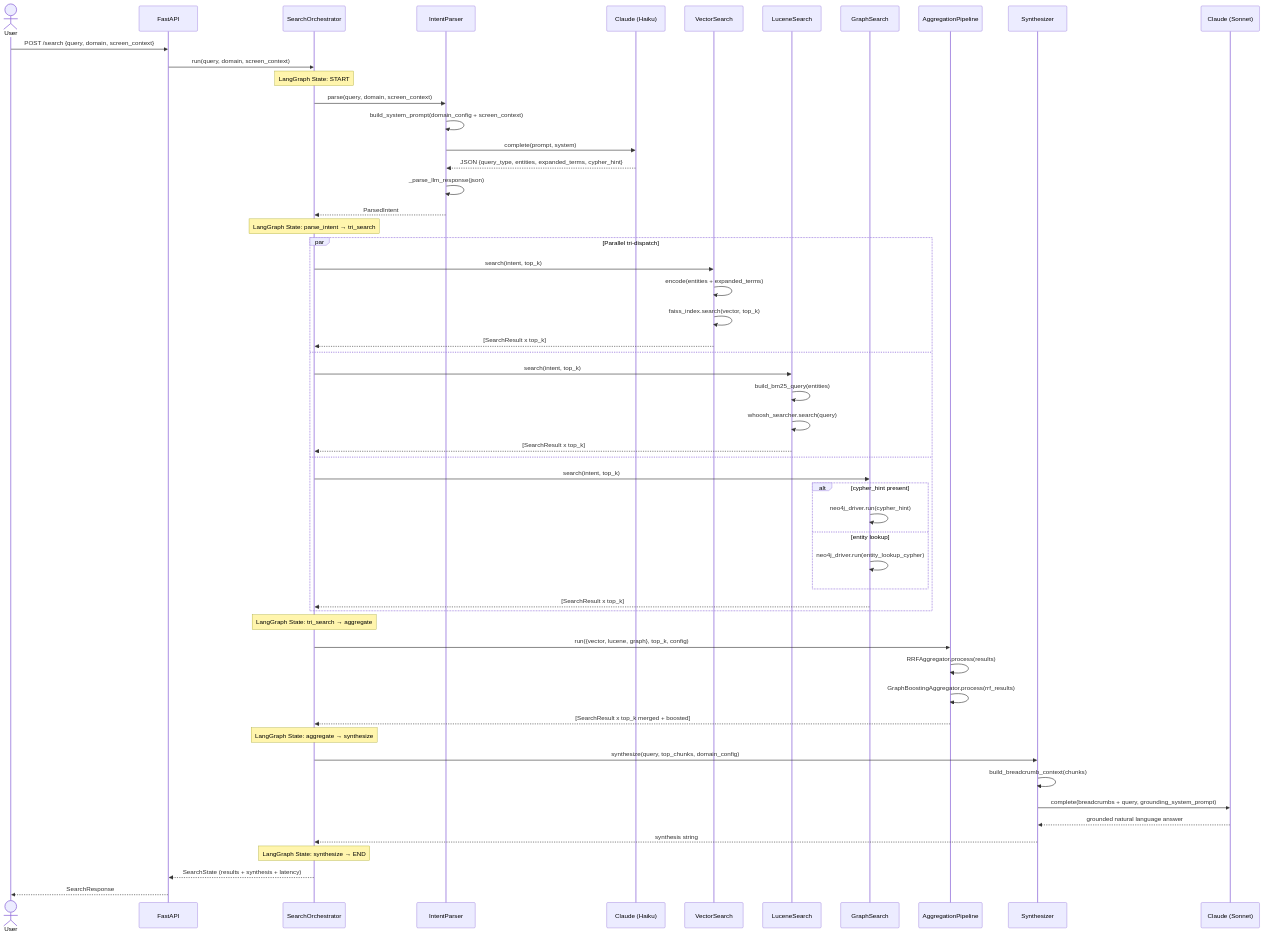
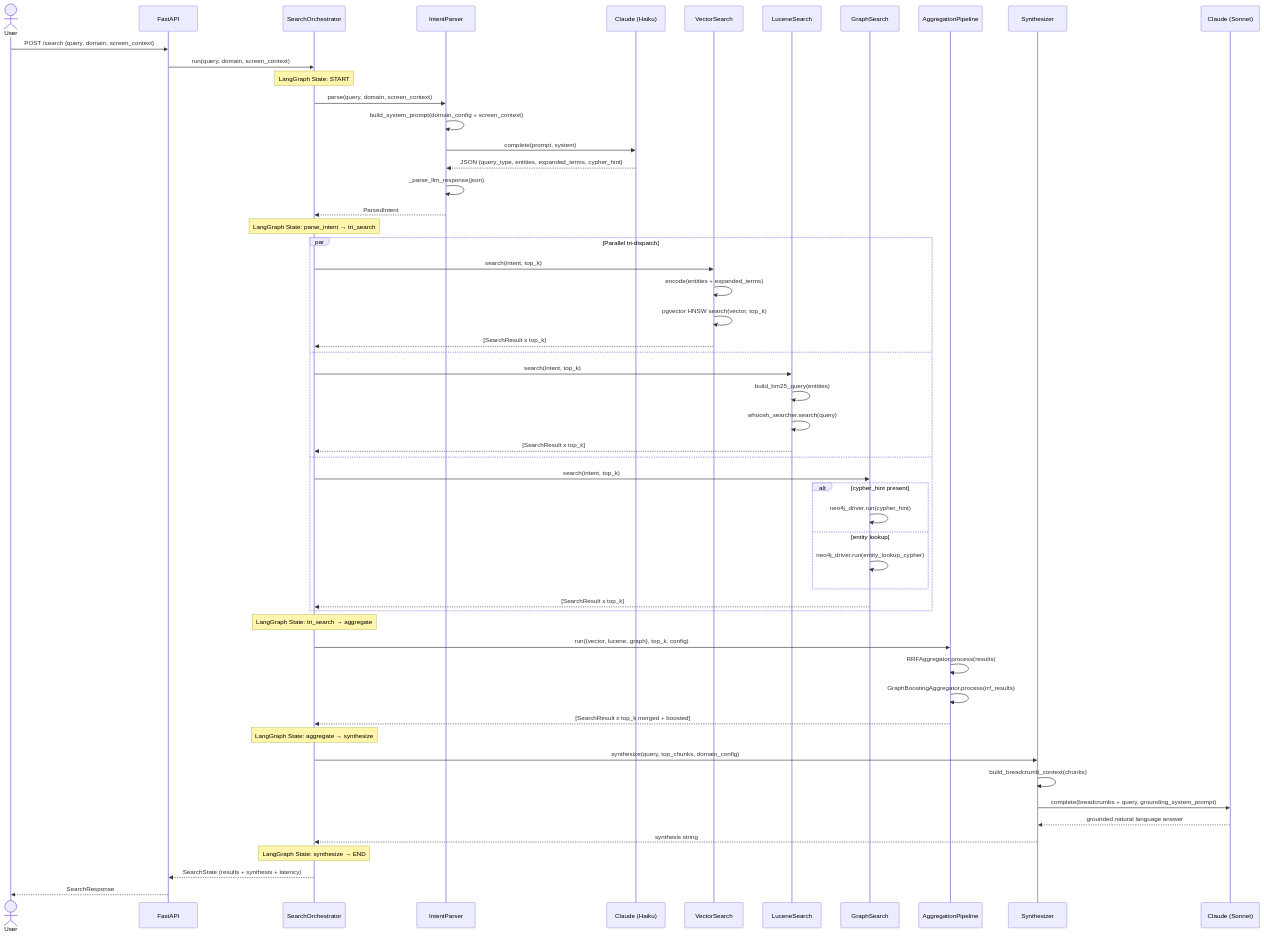
The fifth of 10 diagrams in docs/07-sequence-diagrams.md (maheshyaddanapudi/trilayer-generic-search), drawn with Mermaid before and after one commit. The commit also changed 8 other files, not shown here.

Commit message:
docs: describe vector index as PGVector (matches implementation); remove FAISS references

````diff
--- a/docs/07-sequence-diagrams.md
+++ b/docs/07-sequence-diagrams.md
@@ -199,68 +199,68 @@
 ```mermaid
 sequenceDiagram
     actor User
     participant API as FastAPI
     participant SO as SearchOrchestrator
     participant IP as IntentParser
     participant LLM1 as Claude (Haiku)
     participant VS as VectorSearch
     participant LS as LuceneSearch
     participant GS as GraphSearch
     participant AGG as AggregationPipeline
     participant SYN as Synthesizer
     participant LLM2 as Claude (Sonnet)
 
     User->>API: POST /search {query, domain, screen_context}
     API->>SO: run(query, domain, screen_context)
 
     Note over SO: LangGraph State: START
 
     SO->>IP: parse(query, domain, screen_context)
     IP->>IP: build_system_prompt(domain_config + screen_context)
     IP->>LLM1: complete(prompt, system)
     LLM1-->>IP: JSON {query_type, entities, expanded_terms, cypher_hint}
     IP->>IP: _parse_llm_response(json)
     IP-->>SO: ParsedIntent
 
     Note over SO: LangGraph State: parse_intent → tri_search
 
     par Parallel tri-dispatch
         SO->>VS: search(intent, top_k)
         VS->>VS: encode(entities + expanded_terms)
-        VS->>VS: faiss_index.search(vector, top_k)
+        VS->>VS: pgvector HNSW search(vector, top_k)
         VS-->>SO: [SearchResult x top_k]
     and
         SO->>LS: search(intent, top_k)
         LS->>LS: build_bm25_query(entities)
         LS->>LS: whoosh_searcher.search(query)
         LS-->>SO: [SearchResult x top_k]
     and
         SO->>GS: search(intent, top_k)
         alt cypher_hint present
             GS->>GS: neo4j_driver.run(cypher_hint)
         else entity lookup
             GS->>GS: neo4j_driver.run(entity_lookup_cypher)
         end
         GS-->>SO: [SearchResult x top_k]
     end
 
     Note over SO: LangGraph State: tri_search → aggregate
 
     SO->>AGG: run({vector, lucene, graph}, top_k, config)
     AGG->>AGG: RRFAggregator.process(results)
     AGG->>AGG: GraphBoostingAggregator.process(rrf_results)
     AGG-->>SO: [SearchResult x top_k merged + boosted]
 
     Note over SO: LangGraph State: aggregate → synthesize
 
     SO->>SYN: synthesize(query, top_chunks, domain_config)
     SYN->>SYN: build_breadcrumb_context(chunks)
     SYN->>LLM2: complete(breadcrumbs + query, grounding_system_prompt)
     LLM2-->>SYN: grounded natural language answer
     SYN-->>SO: synthesis string
 
     Note over SO: LangGraph State: synthesize → END
 
     SO-->>API: SearchState (results + synthesis + latency)
     API-->>User: SearchResponse
 ```
````
